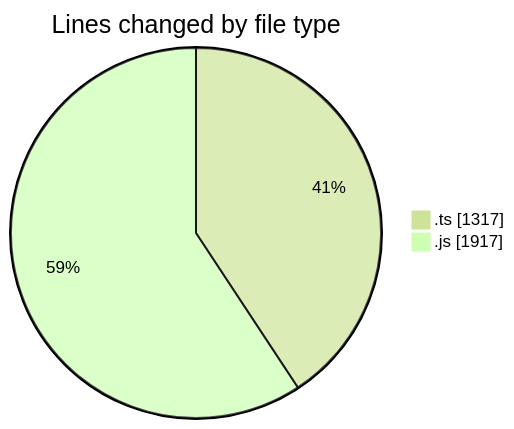
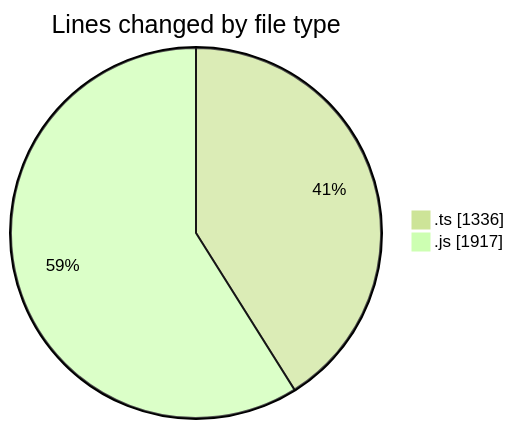
The first of 2 diagrams in 2025-07-29/cda/README.md (momahboobian/code-tracking), drawn with Mermaid (forest theme) before and after one commit. The commit also changed other lines of this file and 1 other file, not shown here.

````diff
--- a/2025-07-29/cda/README.md
+++ b/2025-07-29/cda/README.md
@@ -23,6 +23,6 @@
 ```mermaid
 pie showData
 title Lines changed by file type
-".ts" : 1317
+".ts" : 1336
 ".js" : 1917
 ```
````
